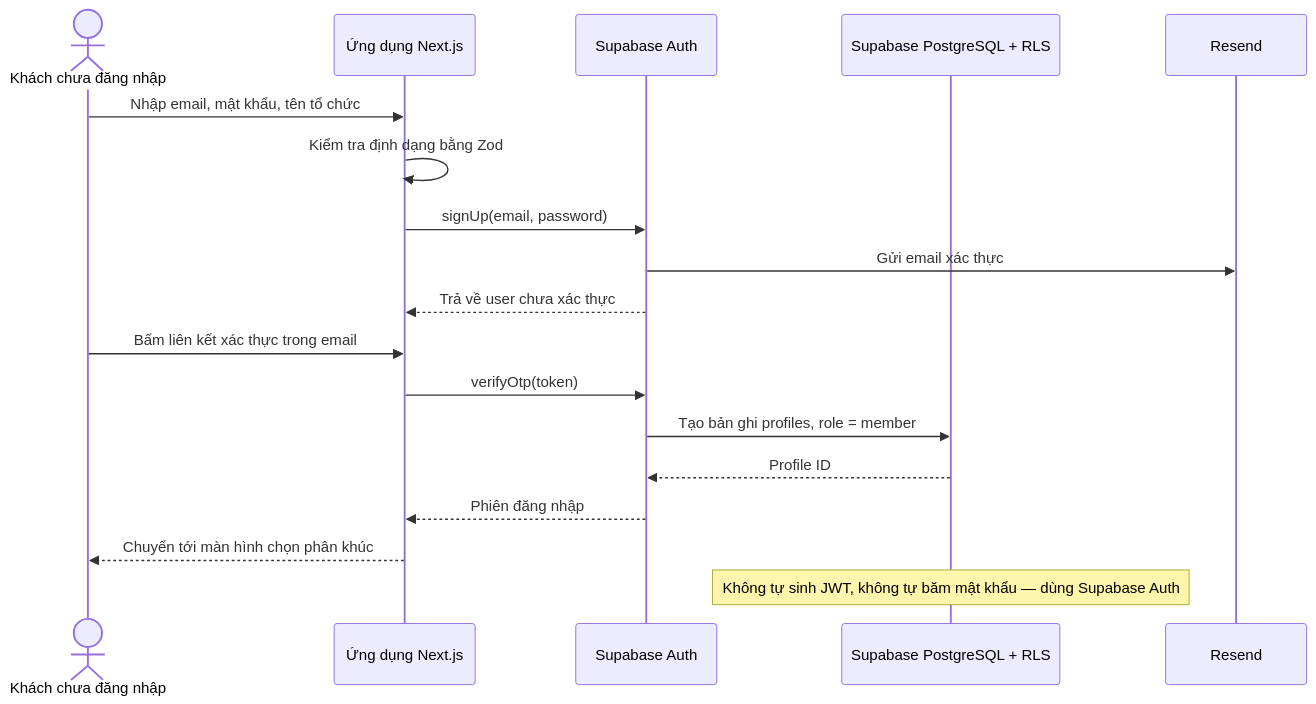
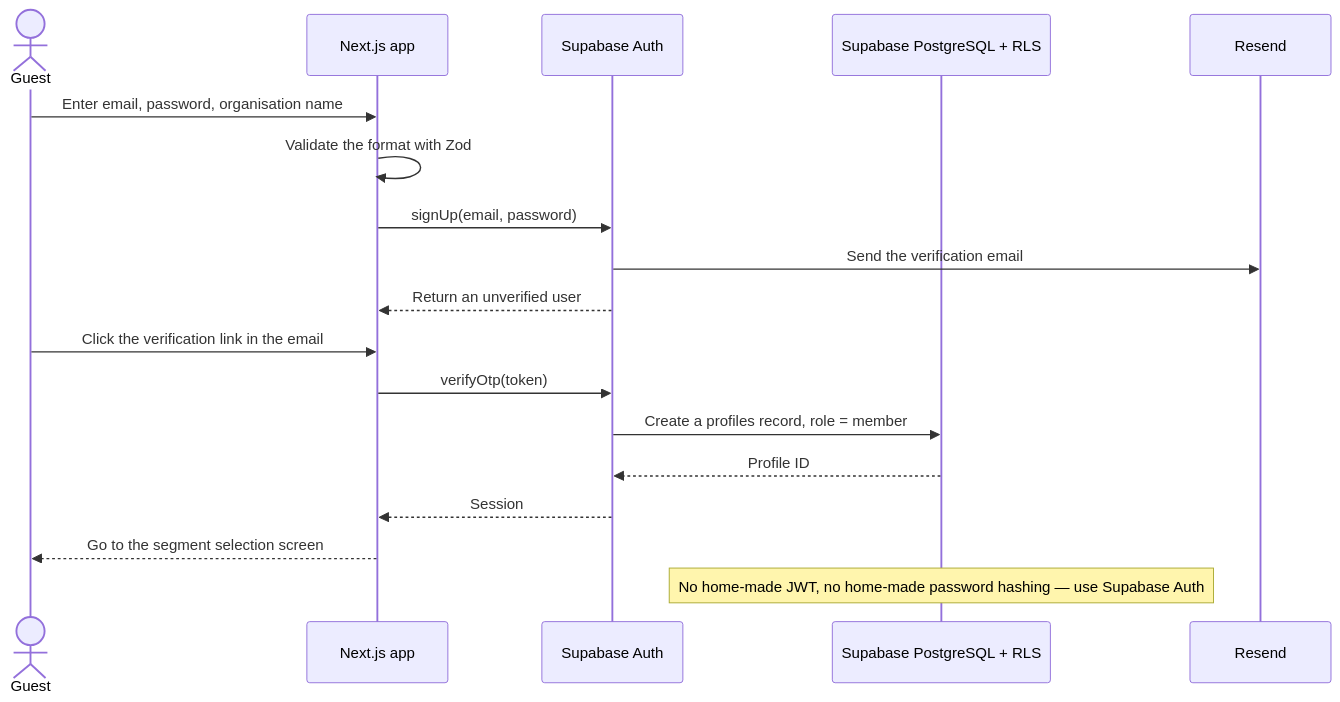
Before and after one commit to namnt2005/CINEMATCH-DBIZ3.TeamC: the first of 12 diagrams in docs/architecture/sequence-diagrams.md, drawn with Mermaid. The commit also changed other lines of this file and 92 other files, not shown here.

````diff
--- a/docs/architecture/sequence-diagrams.md
+++ b/docs/architecture/sequence-diagrams.md
@@ -18,21 +19,21 @@
 ```mermaid
 sequenceDiagram
-    actor GU as Khách chưa đăng nhập
-    participant FE as Ứng dụng Next.js
+    actor GU as Guest
+    participant FE as Next.js app
     participant AU as Supabase Auth
     participant DB as Supabase PostgreSQL + RLS
     participant MAIL as Resend
 
-    GU->>FE: Nhập email, mật khẩu, tên tổ chức
-    FE->>FE: Kiểm tra định dạng bằng Zod
+    GU->>FE: Enter email, password, organisation name
+    FE->>FE: Validate the format with Zod
     FE->>AU: signUp(email, password)
-    AU->>MAIL: Gửi email xác thực
-    AU-->>FE: Trả về user chưa xác thực
-    GU->>FE: Bấm liên kết xác thực trong email
+    AU->>MAIL: Send the verification email
+    AU-->>FE: Return an unverified user
+    GU->>FE: Click the verification link in the email
     FE->>AU: verifyOtp(token)
-    AU->>DB: Tạo bản ghi profiles, role = member
+    AU->>DB: Create a profiles record, role = member
     DB-->>AU: Profile ID
-    AU-->>FE: Phiên đăng nhập
-    FE-->>GU: Chuyển tới màn hình chọn phân khúc
-    Note over DB: Không tự sinh JWT, không tự băm mật khẩu — dùng Supabase Auth
+    AU-->>FE: Session
+    FE-->>GU: Go to the segment selection screen
+    Note over DB: No home-made JWT, no home-made password hashing — use Supabase Auth
 ```
````
